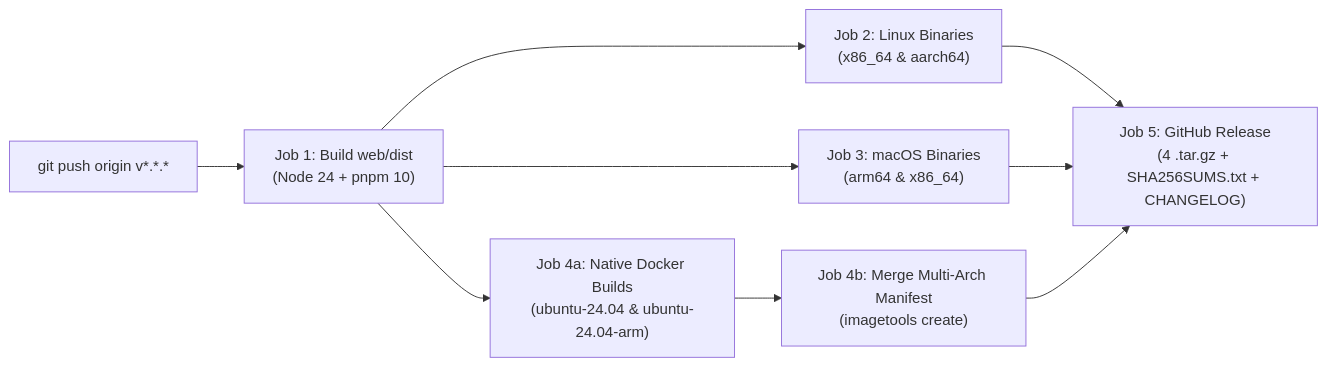
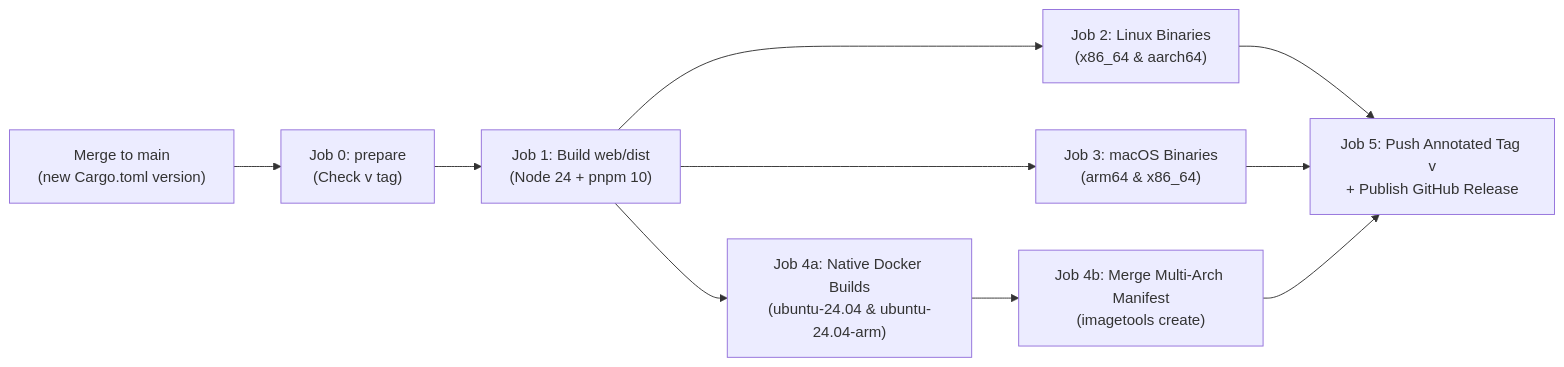
One commit to ElleryHe/FeedCourier changed the diagram in docs/reference/releasing.md. Above: the diagram before and after it, drawn with Mermaid. The commit also changed other lines of this file and 36 other files, not shown here.

First line of the commit message:
chore(release): v0.1.5 — scheduler poll isolation, docs SEO/IndexNow & changelog RSS feeds (#19)

````diff
--- a/docs/reference/releasing.md
+++ b/docs/reference/releasing.md
@@ -35,11 +35,12 @@
 ```mermaid
 flowchart LR
-    Tag["git push origin v*.*.*"] --> Web["Job 1: Build web/dist\n(Node 24 + pnpm 10)"]
+    Merge["Merge to main\n(new Cargo.toml version)"] --> Prep["Job 0: prepare\n(Check v<version> tag)"]
+    Prep --> Web["Job 1: Build web/dist\n(Node 24 + pnpm 10)"]
     Web --> Linux["Job 2: Linux Binaries\n(x86_64 & aarch64)"]
     Web --> Mac["Job 3: macOS Binaries\n(arm64 & x86_64)"]
     Web --> DockerBuild["Job 4a: Native Docker Builds\n(ubuntu-24.04 & ubuntu-24.04-arm)"]
     DockerBuild --> DockerMerge["Job 4b: Merge Multi-Arch Manifest\n(imagetools create)"]
-    Linux --> GH["Job 5: GitHub Release\n(4 .tar.gz + SHA256SUMS.txt + CHANGELOG)"]
+    Linux --> GH["Job 5: Push Annotated Tag v<version>\n+ Publish GitHub Release"]
     Mac --> GH
     DockerMerge --> GH
 ```
````
